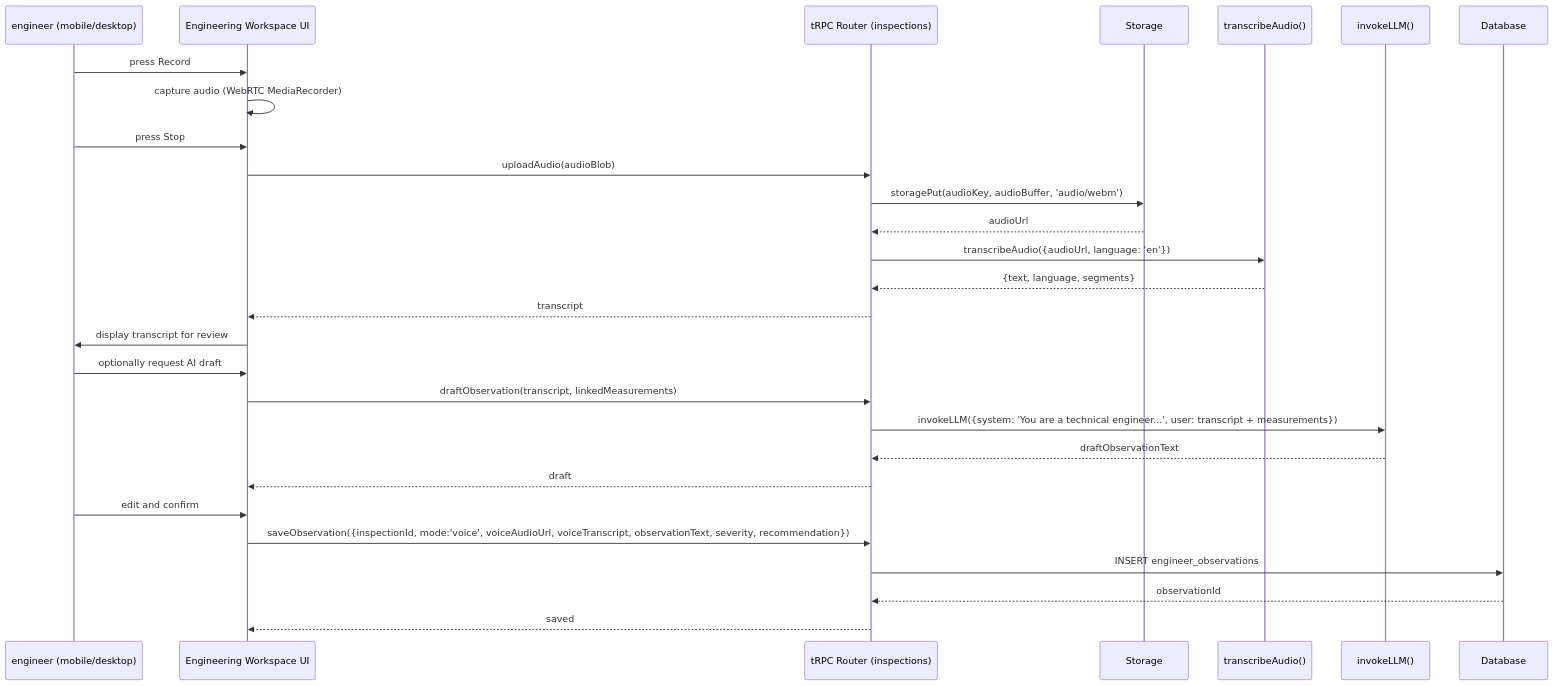
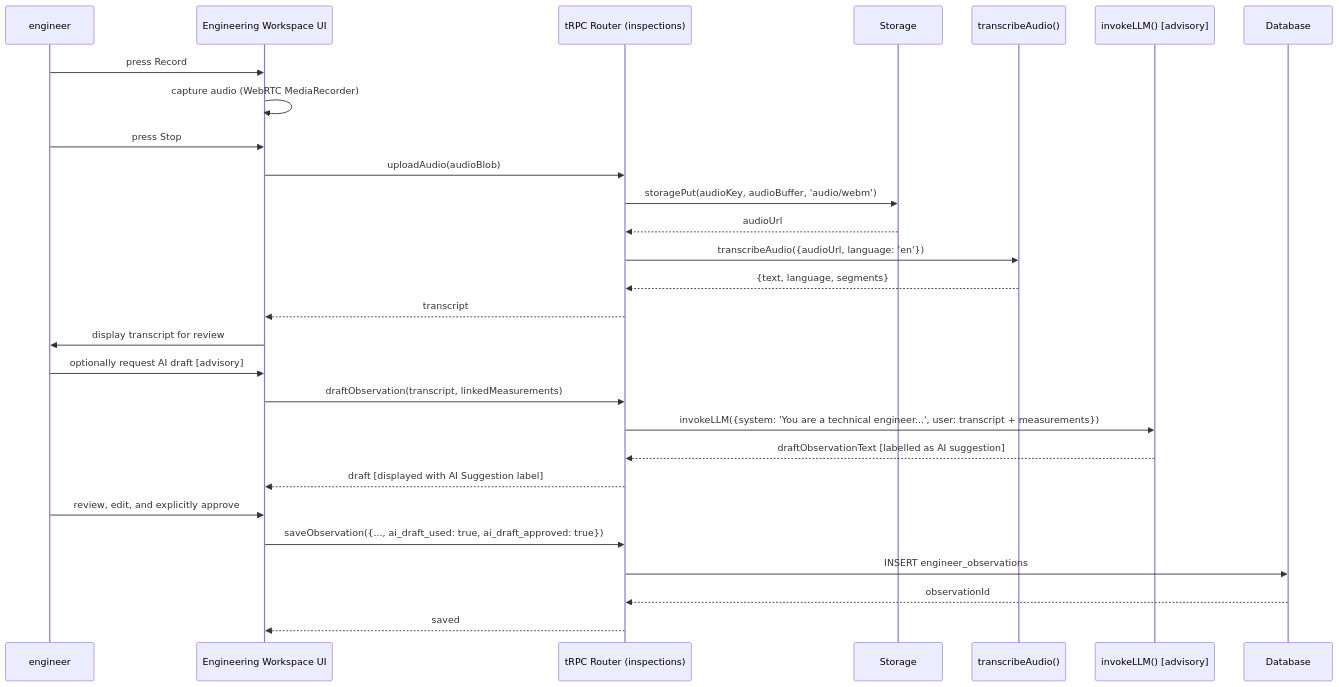
The third of 3 diagrams in docs/KINGA-Epic3-Technical-Design-Specification.md (Tavshok/KINGA), drawn with Mermaid before and after one commit. The commit also changed other lines of this file and 1 other file, not shown here.

````diff
--- a/docs/KINGA-Epic3-Technical-Design-Specification.md
+++ b/docs/KINGA-Epic3-Technical-Design-Specification.md
@@ -805,31 +839,31 @@
 ```mermaid
 sequenceDiagram
-    participant Eng as engineer (mobile/desktop)
+    participant Eng as engineer
     participant UI as Engineering Workspace UI
     participant tRPC as tRPC Router (inspections)
     participant S3 as Storage
     participant Whisper as transcribeAudio()
-    participant LLM as invokeLLM()
+    participant LLM as invokeLLM() [advisory]
     participant DB as Database
 
     Eng->>UI: press Record
     UI->>UI: capture audio (WebRTC MediaRecorder)
     Eng->>UI: press Stop
     UI->>tRPC: uploadAudio(audioBlob)
     tRPC->>S3: storagePut(audioKey, audioBuffer, 'audio/webm')
     S3-->>tRPC: audioUrl
     tRPC->>Whisper: transcribeAudio({audioUrl, language: 'en'})
     Whisper-->>tRPC: {text, language, segments}
     tRPC-->>UI: transcript
     UI->>Eng: display transcript for review
-    Eng->>UI: optionally request AI draft
+    Eng->>UI: optionally request AI draft [advisory]
     UI->>tRPC: draftObservation(transcript, linkedMeasurements)
     tRPC->>LLM: invokeLLM({system: 'You are a technical engineer...', user: transcript + measurements})
-    LLM-->>tRPC: draftObservationText
-    tRPC-->>UI: draft
-    Eng->>UI: edit and confirm
-    UI->>tRPC: saveObservation({inspectionId, mode:'voice', voiceAudioUrl, voiceTranscript, observationText, severity, recommendation})
+    LLM-->>tRPC: draftObservationText [labelled as AI suggestion]
+    tRPC-->>UI: draft [displayed with AI Suggestion label]
+    Eng->>UI: review, edit, and explicitly approve
+    UI->>tRPC: saveObservation({..., ai_draft_used: true, ai_draft_approved: true})
     tRPC->>DB: INSERT engineer_observations
     DB-->>tRPC: observationId
     tRPC-->>UI: saved
 ```
````
